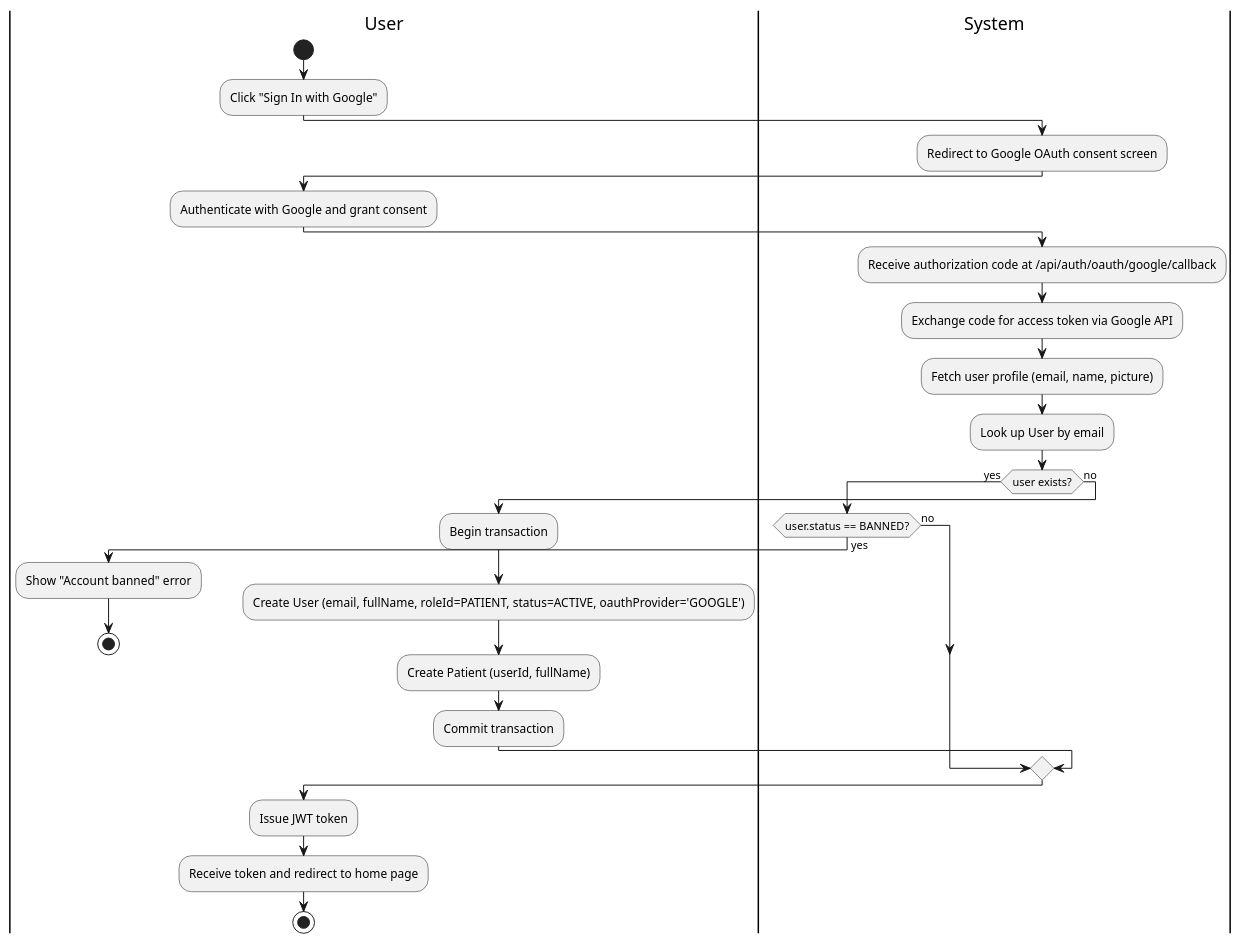
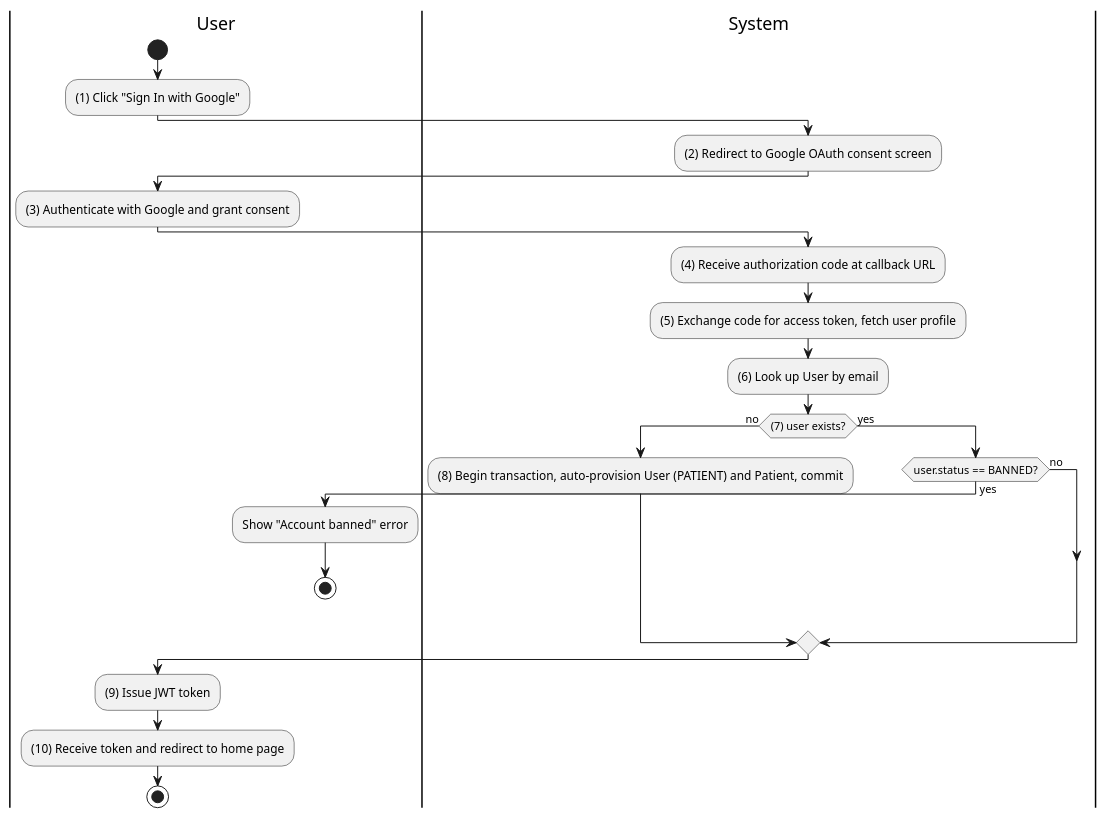
The fourth of 27 diagrams in Docs/SRS.md (MinhThienNguyen040905/SE356---He-thong-phong-kham), drawn with PlantUML before and after one commit. The commit also changed other lines of this file, not shown here.

Commit message:
Implement feature X to enhance user experience and optimize performance

````diff
--- a/Docs/SRS.md
+++ b/Docs/SRS.md
@@ -343,33 +321,29 @@
 ```plantuml
 @startuml
 |User|
 start
-:Click "Sign In with Google";
+:(1) Click "Sign In with Google";
 |System|
-:Redirect to Google OAuth consent screen;
+:(2) Redirect to Google OAuth consent screen;
 |User|
-:Authenticate with Google and grant consent;
+:(3) Authenticate with Google and grant consent;
 |System|
-:Receive authorization code at /api/auth/oauth/google/callback;
-:Exchange code for access token via Google API;
-:Fetch user profile (email, name, picture);
-:Look up User by email;
-if (user exists?) then (yes)
+:(4) Receive authorization code at callback URL;
+:(5) Exchange code for access token, fetch user profile;
+:(6) Look up User by email;
+if ((7) user exists?) then (no)
+  :(8) Begin transaction, auto-provision User (PATIENT) and Patient, commit;
+else (yes)
   if (user.status == BANNED?) then (yes)
     |User|
     :Show "Account banned" error;
     stop
   else (no)
   endif
-else (no)
-  :Begin transaction;
-  :Create User (email, fullName, roleId=PATIENT, status=ACTIVE, oauthProvider='GOOGLE');
-  :Create Patient (userId, fullName);
-  :Commit transaction;
 endif
-:Issue JWT token;
+:(9) Issue JWT token;
 |User|
-:Receive token and redirect to home page;
+:(10) Receive token and redirect to home page;
 stop
 @enduml
 ```
````
